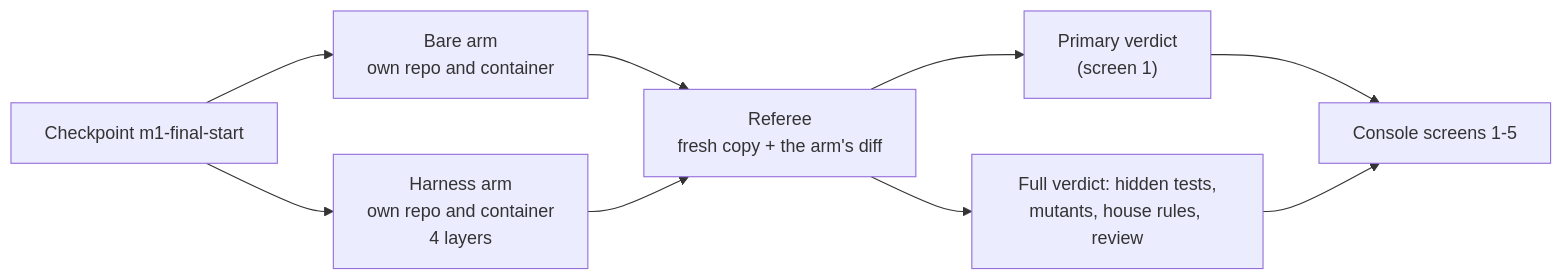
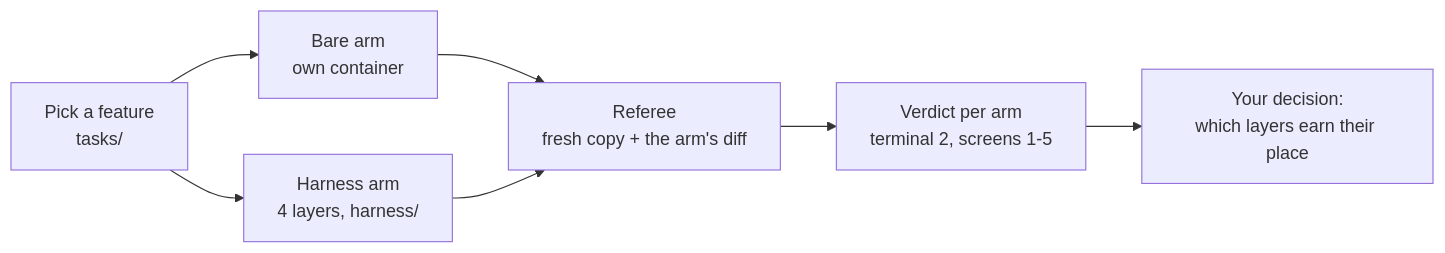
One commit to ANI-IN/shipharness-dev changed the diagram in final-project/README.md. Above: the diagram before and after it, drawn with Mermaid. The commit also changed other lines of this file and 78 other files, not shown here.

First line of the commit message:
final-project: the complete folder (run.sh, tasks, harness, walkthrough, expected, your-repo, checklist)

````diff
--- a/final-project/README.md
+++ b/final-project/README.md
@@ -50,11 +46,9 @@
 ```mermaid
 flowchart LR
-  T["Checkpoint m1-final-start"] --> B["Bare arm<br/>own repo and container"]
-  T --> H["Harness arm<br/>own repo and container<br/>4 layers"]
+  T["Pick a feature<br/>tasks/"] --> B["Bare arm<br/>own container"]
+  T --> H["Harness arm<br/>4 layers, harness/"]
   B --> R["Referee<br/>fresh copy + the arm's diff"]
   H --> R
-  R --> P["Primary verdict<br/>(screen 1)"]
-  R --> F["Full verdict: hidden tests,<br/>mutants, house rules, review"]
-  P --> C["Console screens 1-5"]
-  F --> C
+  R --> V["Verdict per arm<br/>terminal 2, screens 1-5"]
+  V --> D["Your decision:<br/>which layers earn their place"]
 ```
````
